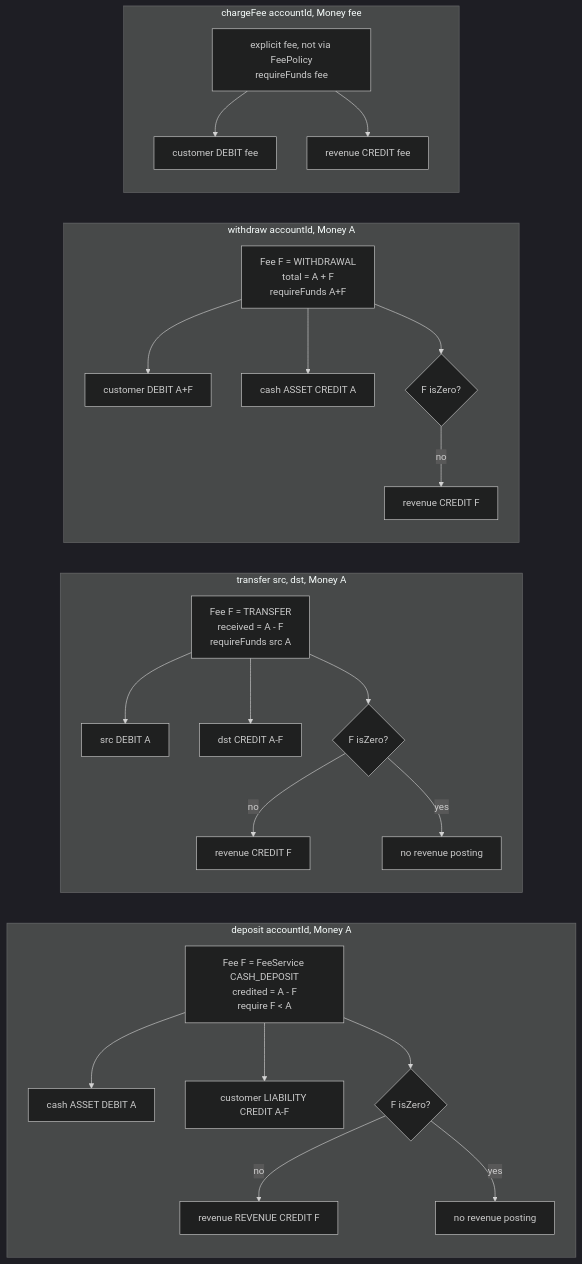
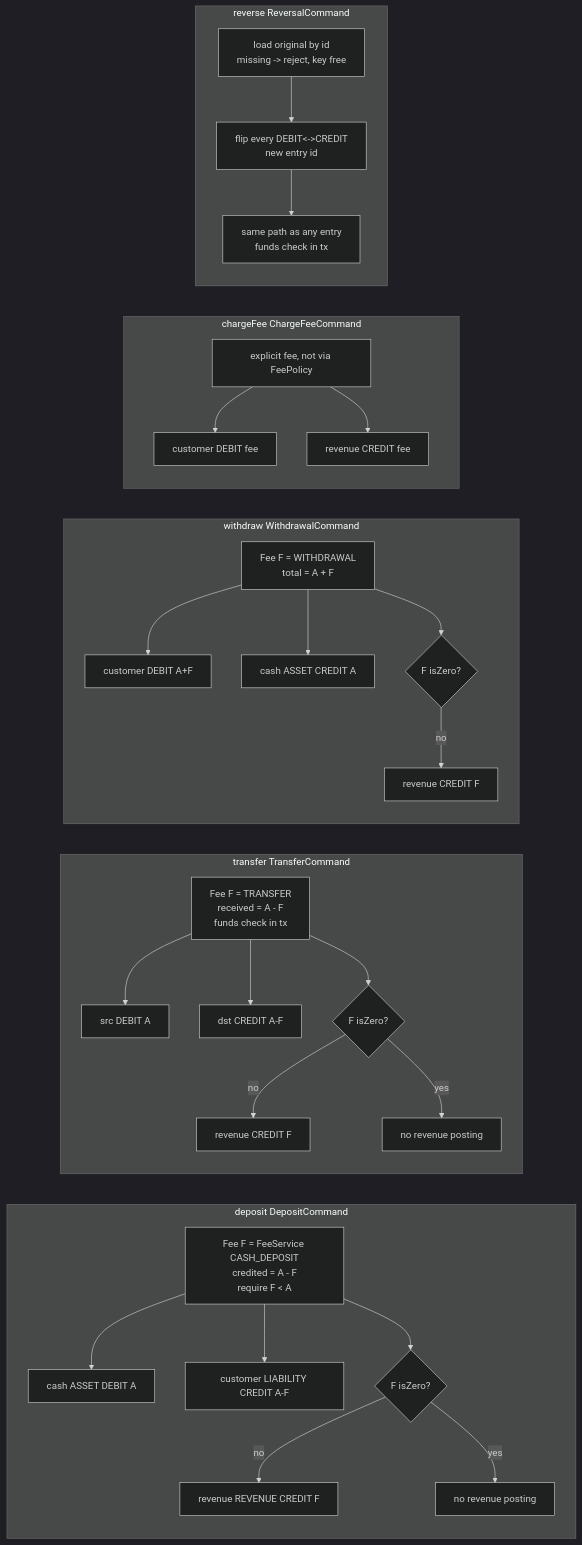
The second of 3 diagrams in docs/INTEGRATION.md (N2Banking/N2BankCore), drawn with Mermaid (dark theme) before and after one commit. The commit also changed other lines of this file and 39 other files, not shown here.

````diff
--- a/docs/INTEGRATION.md
+++ b/docs/INTEGRATION.md
@@ -67,30 +67,35 @@
 ```mermaid
 flowchart LR
-    subgraph Deposit["deposit accountId, Money A"]
+    subgraph Deposit["deposit DepositCommand"]
         D1["Fee F = FeeService CASH_DEPOSIT<br/>credited = A - F<br/>require F < A"] --> D2["cash ASSET DEBIT A"]
         D1 --> D3["customer LIABILITY CREDIT A-F"]
         D1 --> D4{"F isZero?"}
         D4 -- no --> D5["revenue REVENUE CREDIT F"]
         D4 -- yes --> D6["no revenue posting"]
     end
 
-    subgraph Transfer["transfer src, dst, Money A"]
-        T1["Fee F = TRANSFER<br/>received = A - F<br/>requireFunds src A"] --> T2["src DEBIT A"]
+    subgraph Transfer["transfer TransferCommand"]
+        T1["Fee F = TRANSFER<br/>received = A - F<br/>funds check in tx"] --> T2["src DEBIT A"]
         T1 --> T3["dst CREDIT A-F"]
         T1 --> T4{"F isZero?"}
         T4 -- no --> T5["revenue CREDIT F"]
         T4 -- yes --> T6["no revenue posting"]
     end
 
-    subgraph Withdraw["withdraw accountId, Money A"]
-        W1["Fee F = WITHDRAWAL<br/>total = A + F<br/>requireFunds A+F"] --> W2["customer DEBIT A+F"]
+    subgraph Withdraw["withdraw WithdrawalCommand"]
+        W1["Fee F = WITHDRAWAL<br/>total = A + F"] --> W2["customer DEBIT A+F"]
         W1 --> W3["cash ASSET CREDIT A"]
         W1 --> W4{"F isZero?"}
         W4 -- no --> W5["revenue CREDIT F"]
     end
 
-    subgraph ChargeFee["chargeFee accountId, Money fee"]
-        C1["explicit fee, not via FeePolicy<br/>requireFunds fee"] --> C2["customer DEBIT fee"]
+    subgraph ChargeFee["chargeFee ChargeFeeCommand"]
+        C1["explicit fee, not via FeePolicy"] --> C2["customer DEBIT fee"]
         C1 --> C3["revenue CREDIT fee"]
     end
+
+    subgraph Reverse["reverse ReversalCommand"]
+        R1["load original by id<br/>missing -> reject, key free"] --> R2["flip every DEBIT<->CREDIT<br/>new entry id"]
+        R2 --> R3["same path as any entry<br/>funds check in tx"]
+    end
 ```
````
